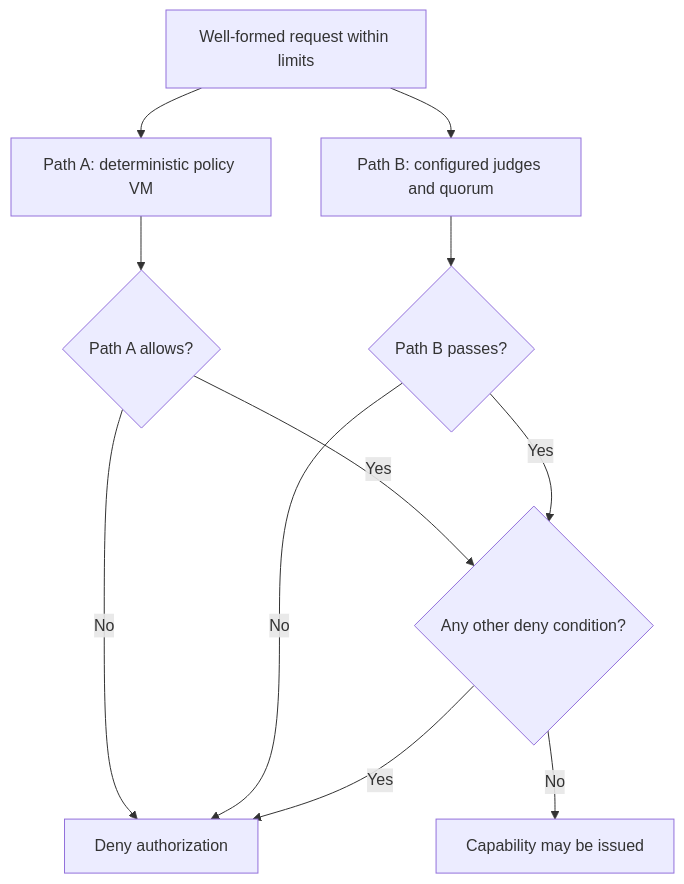
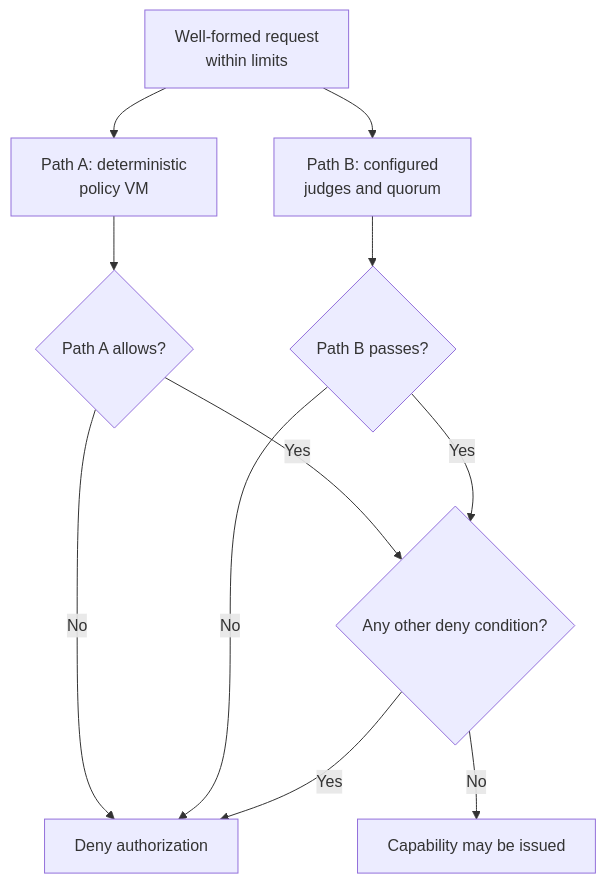
Before and after one commit to Insomniac-VibeLabs/two-key: the third of 3 diagrams in docs/JUDGES_AND_QUORUM.md, drawn with Mermaid. The commit also changed other lines of this file and 12 other files, not shown here.

First line of the commit message:
Redraw every diagram to one house style, checked by a test (#29)

````diff
--- a/docs/JUDGES_AND_QUORUM.md
+++ b/docs/JUDGES_AND_QUORUM.md
@@ -144,13 +146,13 @@
 ```mermaid
 flowchart TD
-    A["Well-formed request within limits"] --> B["Path A: deterministic policy VM"]
-    A --> C["Path B: configured judges and quorum"]
+    A["Well-formed request<br/>within limits"] --> B["Path A: deterministic<br/>policy VM"]
+    A --> C["Path B: configured<br/>judges and quorum"]
     B --> D{"Path A allows?"}
     C --> E{"Path B passes?"}
     D -->|No| F["Deny authorization"]
     E -->|No| F
     D -->|Yes| G{"Any other deny condition?"}
     E -->|Yes| G
     G -->|Yes| F
     G -->|No| H["Capability may be issued"]
 ```
````
